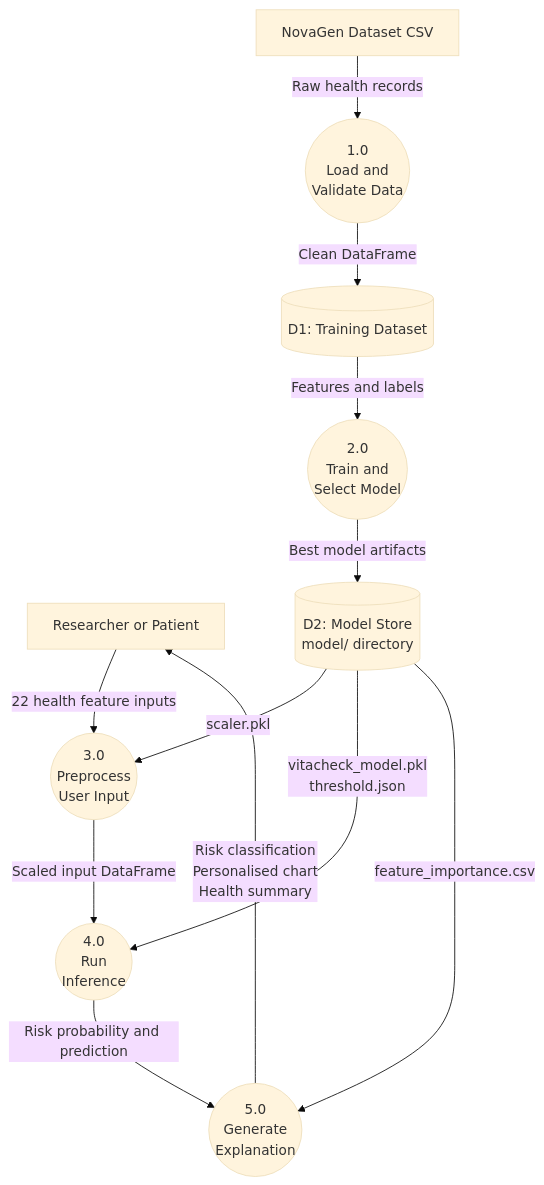
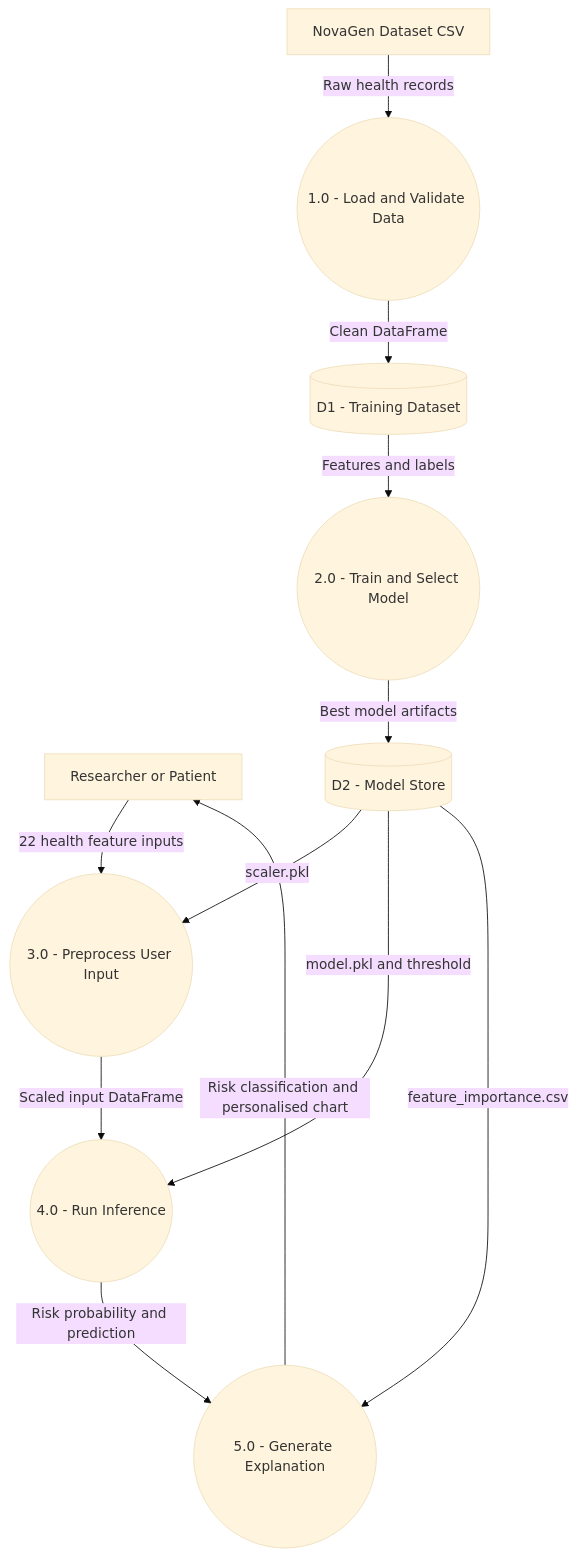
Diagram 14 of 14 in README.md (KARTHIKAKRISHNA123/vitacheck-ml), drawn with Mermaid (base theme) before and after one commit. The commit also changed other lines of this file, not shown here.

````diff
--- a/README.md
+++ b/README.md
@@ -644,21 +483,21 @@
 ```mermaid
 flowchart TD
     E1[Researcher or Patient]
     E2[NovaGen Dataset CSV]
 
-    E2 -->|Raw health records| P1(("1.0\nLoad and\nValidate Data"))
-    P1 -->|Clean DataFrame| D1[(D1: Training Dataset)]
+    E2 -->|Raw health records| P1(("1.0 - Load and Validate Data"))
+    P1 -->|Clean DataFrame| D1[(D1 - Training Dataset)]
 
-    D1 -->|Features and labels| P2(("2.0\nTrain and\nSelect Model"))
-    P2 -->|Best model artifacts| D2[(D2: Model Store\nmodel/ directory)]
+    D1 -->|Features and labels| P2(("2.0 - Train and Select Model"))
+    P2 -->|Best model artifacts| D2[(D2 - Model Store)]
 
-    E1 -->|22 health feature inputs| P3(("3.0\nPreprocess\nUser Input"))
+    E1 -->|22 health feature inputs| P3(("3.0 - Preprocess User Input"))
     D2 -->|scaler.pkl| P3
-    P3 -->|Scaled input DataFrame| P4(("4.0\nRun\nInference"))
-    D2 -->|vitacheck_model.pkl\nthreshold.json| P4
+    P3 -->|Scaled input DataFrame| P4(("4.0 - Run Inference"))
+    D2 -->|model.pkl and threshold| P4
 
-    P4 -->|Risk probability and prediction| P5(("5.0\nGenerate\nExplanation"))
+    P4 -->|Risk probability and prediction| P5(("5.0 - Generate Explanation"))
     D2 -->|feature_importance.csv| P5
 
-    P5 -->|Risk classification\nPersonalised chart\nHealth summary| E1
+    P5 -->|Risk classification and personalised chart| E1
 ```
````
